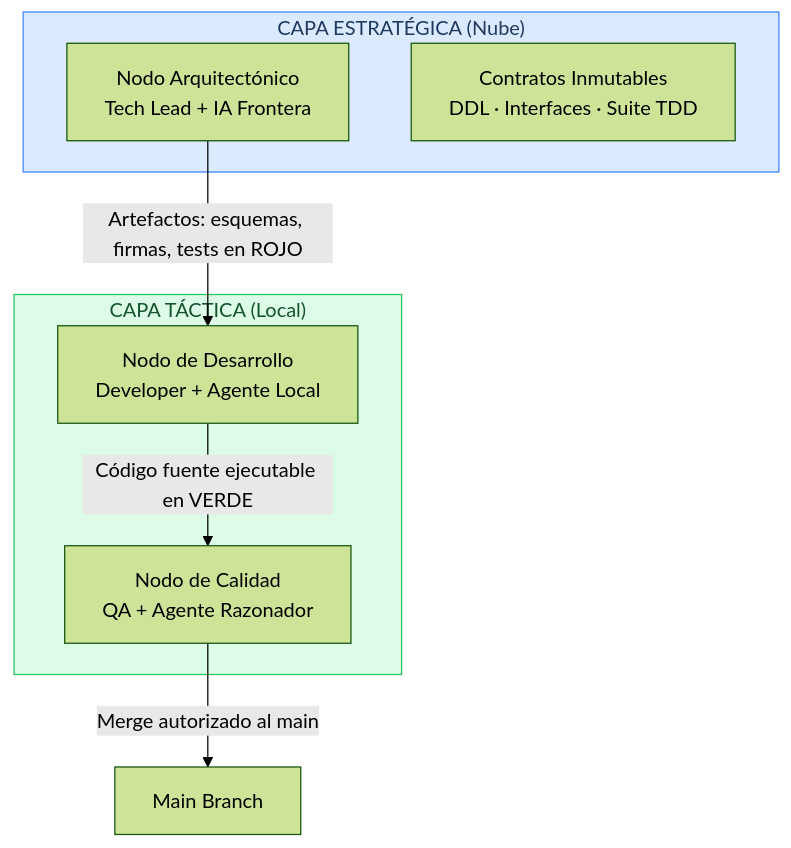
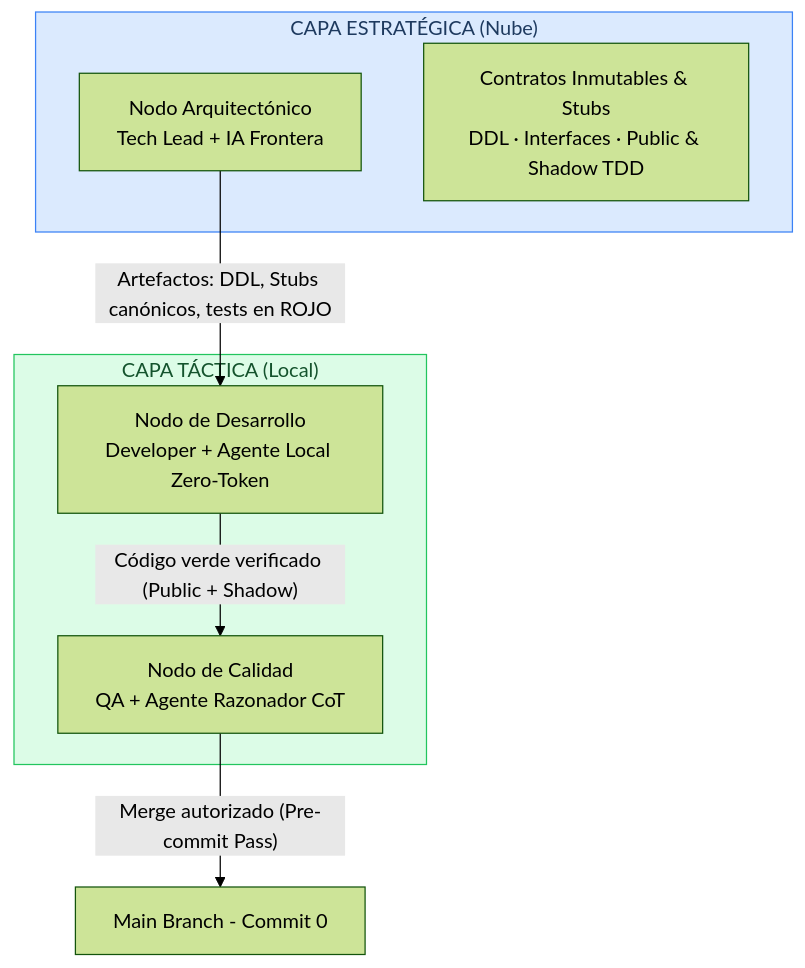
Before and after one commit to brunoguzman-dev/H-AXP: the first of 4 diagrams in README.md, drawn with Mermaid (forest theme). The commit also changed other lines of this file and 20 other files, not shown here.

````diff
--- a/README.md
+++ b/README.md
@@ -28,19 +29,19 @@
 ```mermaid
 graph TB
     subgraph NUBE["CAPA ESTRATÉGICA (Nube)"]
         A[Nodo Arquitectónico<br/>Tech Lead + IA Frontera]
-        B[Contratos Inmutables<br/>DDL · Interfaces · Suite TDD]
+        B[Contratos Inmutables & Stubs<br/>DDL · Interfaces · Public & Shadow TDD]
     end
 
     subgraph LOCAL["CAPA TÁCTICA (Local)"]
-        C[Nodo de Desarrollo<br/>Developer + Agente Local]
-        D[Nodo de Calidad<br/>QA + Agente Razonador]
+        C[Nodo de Desarrollo<br/>Developer + Agente Local Zero-Token]
+        D[Nodo de Calidad<br/>QA + Agente Razonador CoT]
     end
 
-    A -->|"Artefactos: esquemas, firmas, tests en ROJO"| C
-    C -->|"Código fuente ejecutable en VERDE"| D
-    D -->|"Merge autorizado al main"| E[Main Branch]
+    A -->|"Artefactos: DDL, Stubs canónicos, tests en ROJO"| C
+    C -->|"Código verde verificado (Public + Shadow)"| D
+    D -->|"Merge autorizado (Pre-commit Pass)"| E[Main Branch - Commit 0]
 
     style NUBE fill:#dbeafe,stroke:#3b82f6,color:#1e3a5f
     style LOCAL fill:#dcfce7,stroke:#22c55e,color:#14532d
 ```
````
